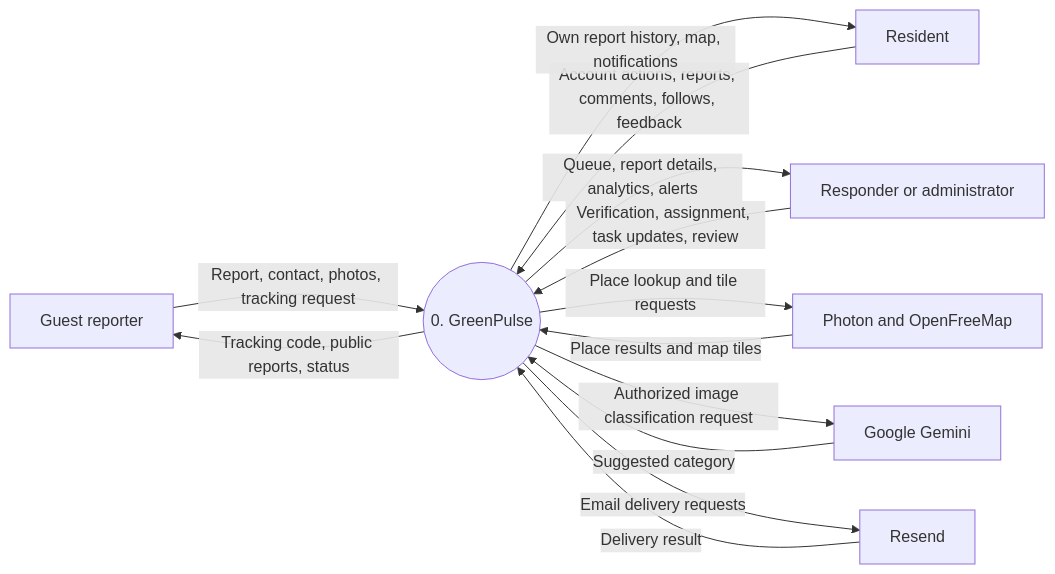
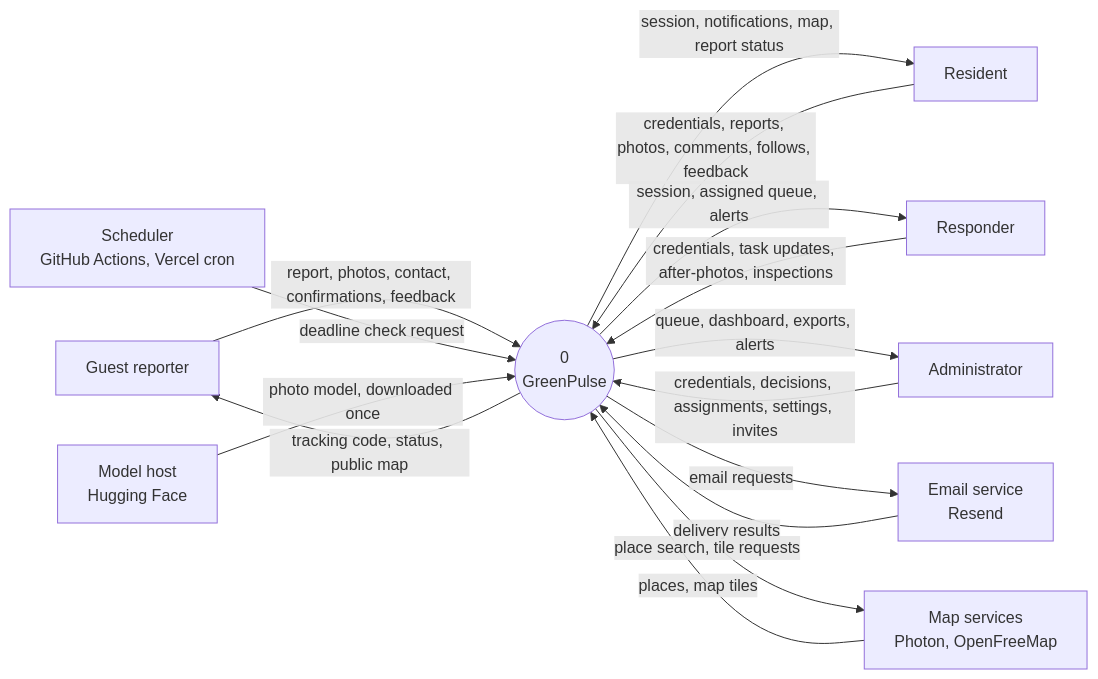
One commit to K2devv/GreenPulse changed the third of 7 diagrams in docs/system-design.md. Above: the diagram before and after it, drawn with Mermaid. The commit also changed other lines of this file and 36 other files, not shown here.

````diff
--- a/docs/system-design.md
+++ b/docs/system-design.md
@@ -134,23 +123,27 @@
 ```mermaid
 flowchart LR
-  Guest[Guest reporter]
-  Resident[Resident]
-  Staff[Responder or administrator]
-  Maps[Photon and OpenFreeMap]
-  AI[Google Gemini]
-  Mail[Resend]
-  GP((0. GreenPulse))
+  Guest["Guest reporter"]
+  Resident["Resident"]
+  Responder["Responder"]
+  Admin["Administrator"]
+  Scheduler["Scheduler<br/>GitHub Actions, Vercel cron"]
+  Mail["Email service<br/>Resend"]
+  Maps["Map services<br/>Photon, OpenFreeMap"]
+  Model["Model host<br/>Hugging Face"]
+  GP(("0<br/>GreenPulse"))
 
-  Guest -->|Report, contact, photos, tracking request| GP
-  GP -->|Tracking code, public reports, status| Guest
-  Resident -->|Account actions, reports, comments, follows, feedback| GP
-  GP -->|Own report history, map, notifications| Resident
-  Staff -->|Verification, assignment, task updates, review| GP
-  GP -->|Queue, report details, analytics, alerts| Staff
-  GP -->|Place lookup and tile requests| Maps
-  Maps -->|Place results and map tiles| GP
-  GP -->|Authorized image classification request| AI
-  AI -->|Suggested category| GP
-  GP -->|Email delivery requests| Mail
-  Mail -->|Delivery result| GP
+  Guest -->|report, photos, contact, confirmations, feedback| GP
+  GP -->|tracking code, status, public map| Guest
+  Resident -->|credentials, reports, photos, comments, follows, feedback| GP
+  GP -->|session, notifications, map, report status| Resident
+  Responder -->|credentials, task updates, after-photos, inspections| GP
+  GP -->|session, assigned queue, alerts| Responder
+  Admin -->|credentials, decisions, assignments, settings, invites| GP
+  GP -->|queue, dashboard, exports, alerts| Admin
+  Scheduler -->|deadline check request| GP
+  GP -->|email requests| Mail
+  Mail -->|delivery results| GP
+  GP -->|place search, tile requests| Maps
+  Maps -->|places, map tiles| GP
+  Model -->|photo model, downloaded once| GP
 ```
````
